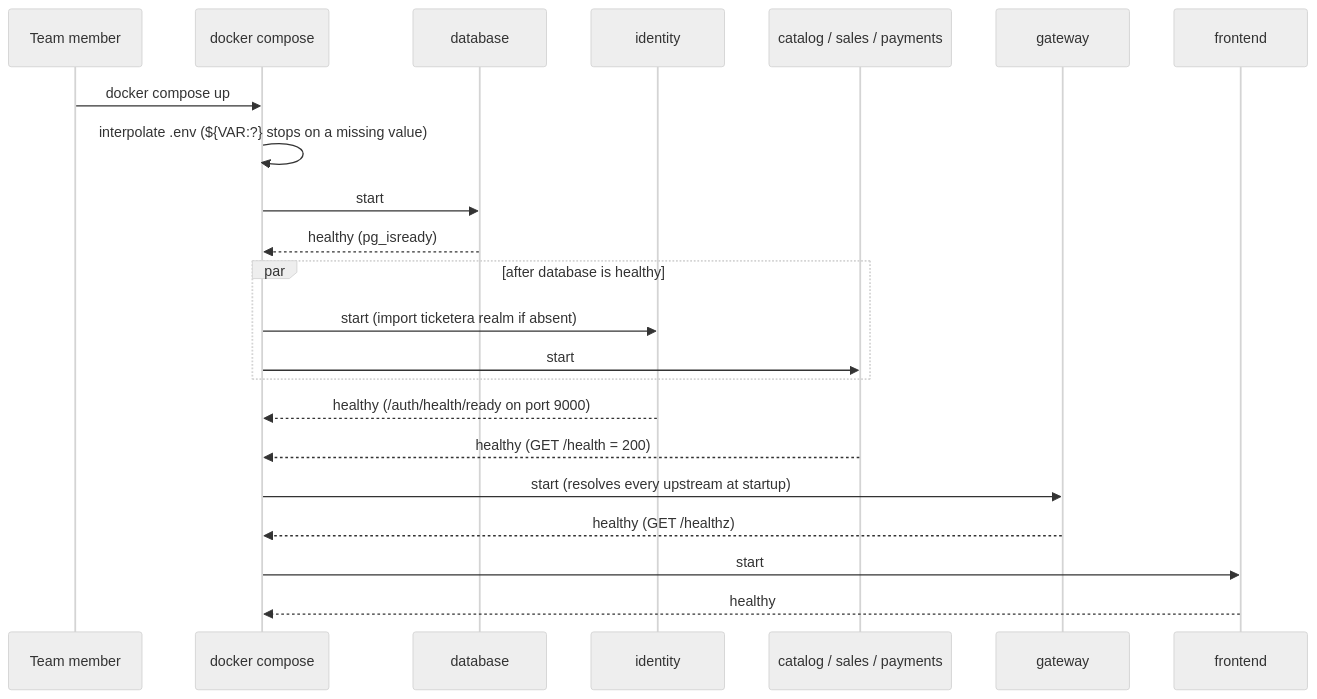
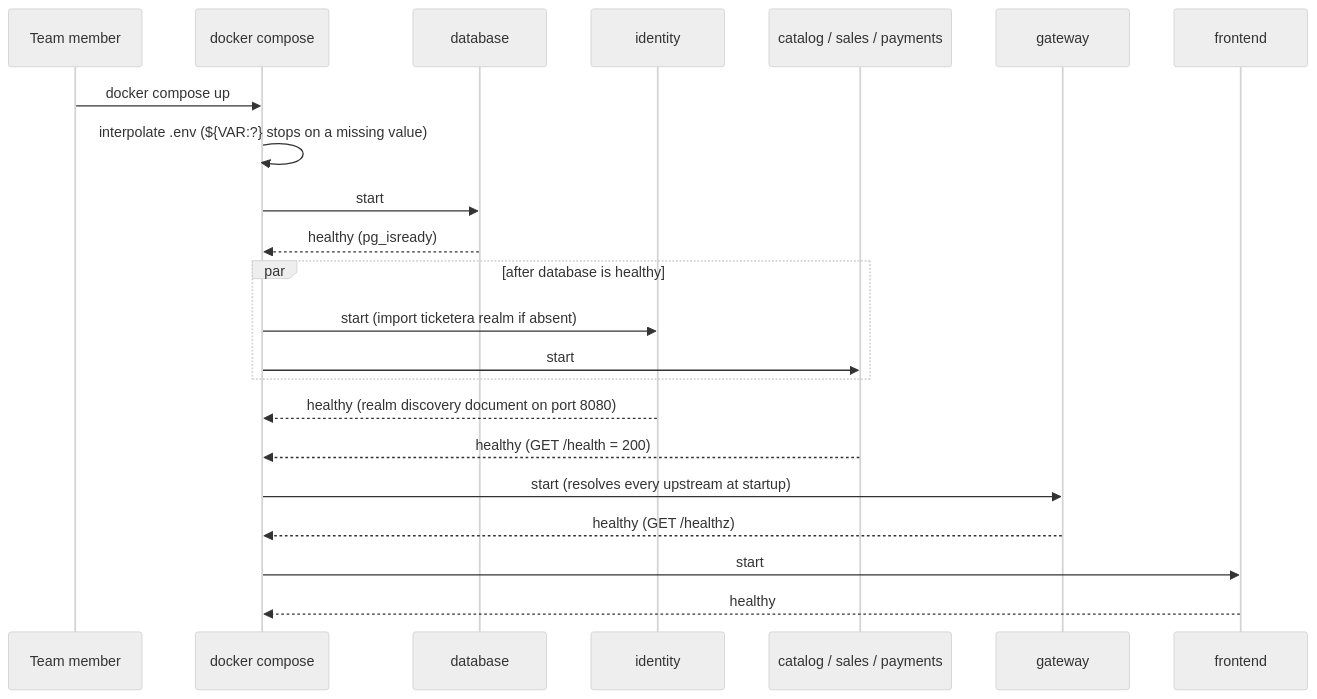
Before and after one commit to ticketera-topicos2-2026/ticketera: the first of 3 diagrams in openspec/changes/project-bootstrap/design.md, drawn with Mermaid (neutral theme). The commit also changed other lines of this file and 32 other files, not shown here.

````diff
--- a/openspec/changes/project-bootstrap/design.md
+++ b/openspec/changes/project-bootstrap/design.md
@@ -353,24 +364,24 @@
 ```mermaid
 sequenceDiagram
     participant Dev as Team member
     participant Compose as docker compose
     participant DB as database
     participant IdP as identity
     participant Svc as catalog / sales / payments
     participant GW as gateway
     participant FE as frontend
     Dev->>Compose: docker compose up
     Compose->>Compose: interpolate .env (${VAR:?} stops on a missing value)
     Compose->>DB: start
     DB-->>Compose: healthy (pg_isready)
     par after database is healthy
         Compose->>IdP: start (import ticketera realm if absent)
         Compose->>Svc: start
     end
-    IdP-->>Compose: healthy (/auth/health/ready on port 9000)
+    IdP-->>Compose: healthy (realm discovery document on port 8080)
     Svc-->>Compose: healthy (GET /health = 200)
     Compose->>GW: start (resolves every upstream at startup)
     GW-->>Compose: healthy (GET /healthz)
     Compose->>FE: start
     FE-->>Compose: healthy
 ```
````
